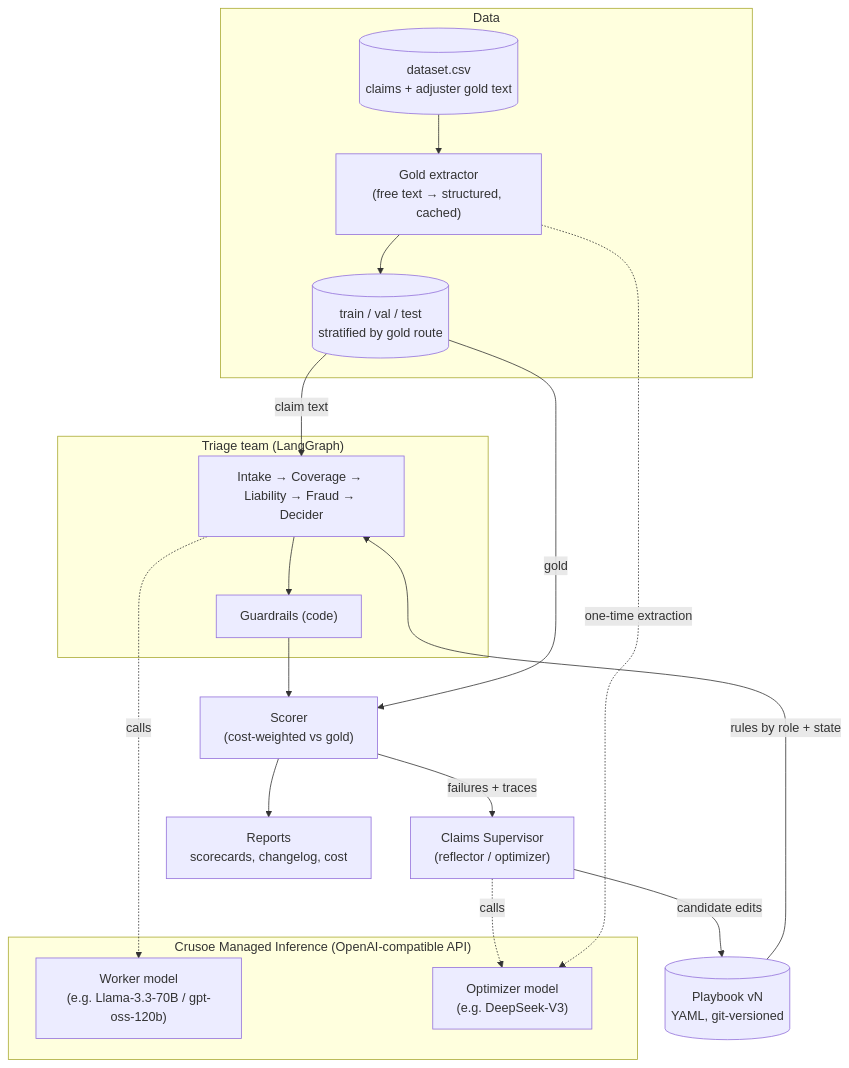
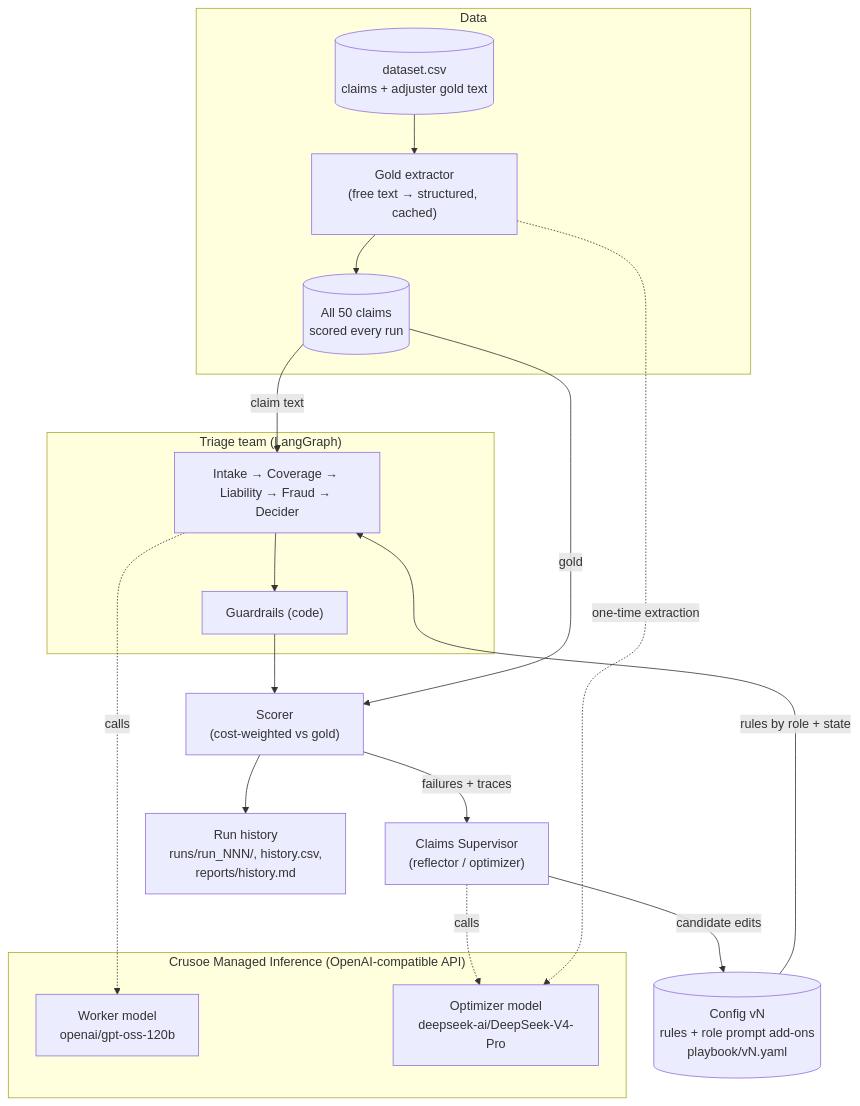
The first of 4 diagrams in architecture.md (knatarasan/agent-team-crusoe), drawn with Mermaid before and after one commit. The commit also changed other lines of this file and 17 other files, not shown here.

Commit message:
The flow changes included for improvising each run .

````diff
--- a/architecture.md
+++ b/architecture.md
@@ -9,35 +9,35 @@
 ```mermaid
 flowchart TB
     subgraph Crusoe["Crusoe Managed Inference (OpenAI-compatible API)"]
-        WM["Worker model<br/>(e.g. Llama-3.3-70B / gpt-oss-120b)"]
-        OM["Optimizer model<br/>(e.g. DeepSeek-V3)"]
+        WM["Worker model<br/>openai/gpt-oss-120b"]
+        OM["Optimizer model<br/>deepseek-ai/DeepSeek-V4-Pro"]
     end
 
     subgraph Data["Data"]
         CSV[("dataset.csv<br/>claims + adjuster gold text")]
         ORA["Gold extractor<br/>(free text → structured, cached)"]
-        SPL[("train / val / test<br/>stratified by gold route")]
+        SPL[("All 50 claims<br/>scored every run")]
     end
 
     subgraph Team["Triage team (LangGraph)"]
         AG["Intake → Coverage → Liability → Fraud → Decider"]
         GR["Guardrails (code)"]
     end
 
-    PB[("Playbook vN<br/>YAML, git-versioned")]
+    PB[("Config vN<br/>rules + role prompt add-ons<br/>playbook/vN.yaml")]
     SC["Scorer<br/>(cost-weighted vs gold)"]
     SUP["Claims Supervisor<br/>(reflector / optimizer)"]
-    REP["Reports<br/>scorecards, changelog, cost"]
+    REP["Run history<br/>runs/run_NNN/, history.csv,<br/>reports/history.md"]
 
     CSV --> ORA --> SPL
     SPL -->|claim text| AG
     PB -->|rules by role + state| AG
     AG --> GR --> SC
     SPL -->|gold| SC
     SC -->|failures + traces| SUP
     SUP -->|candidate edits| PB
     SC --> REP
     AG -.calls.-> WM
     SUP -.calls.-> OM
     ORA -.one-time extraction.-> OM
 ```
````
